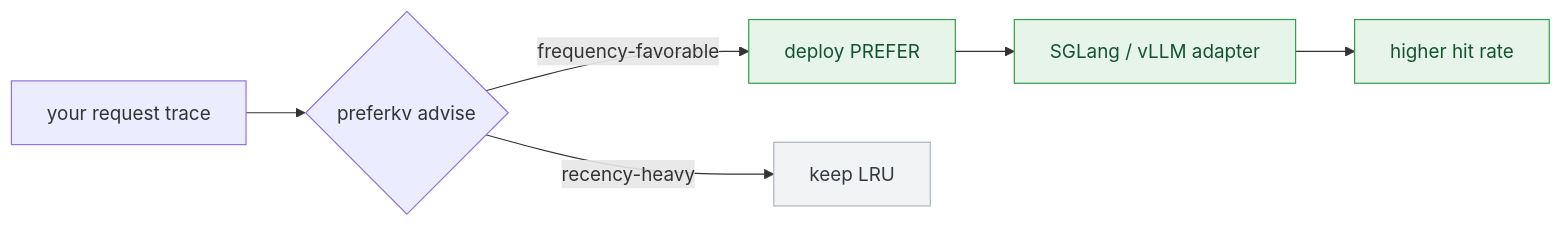
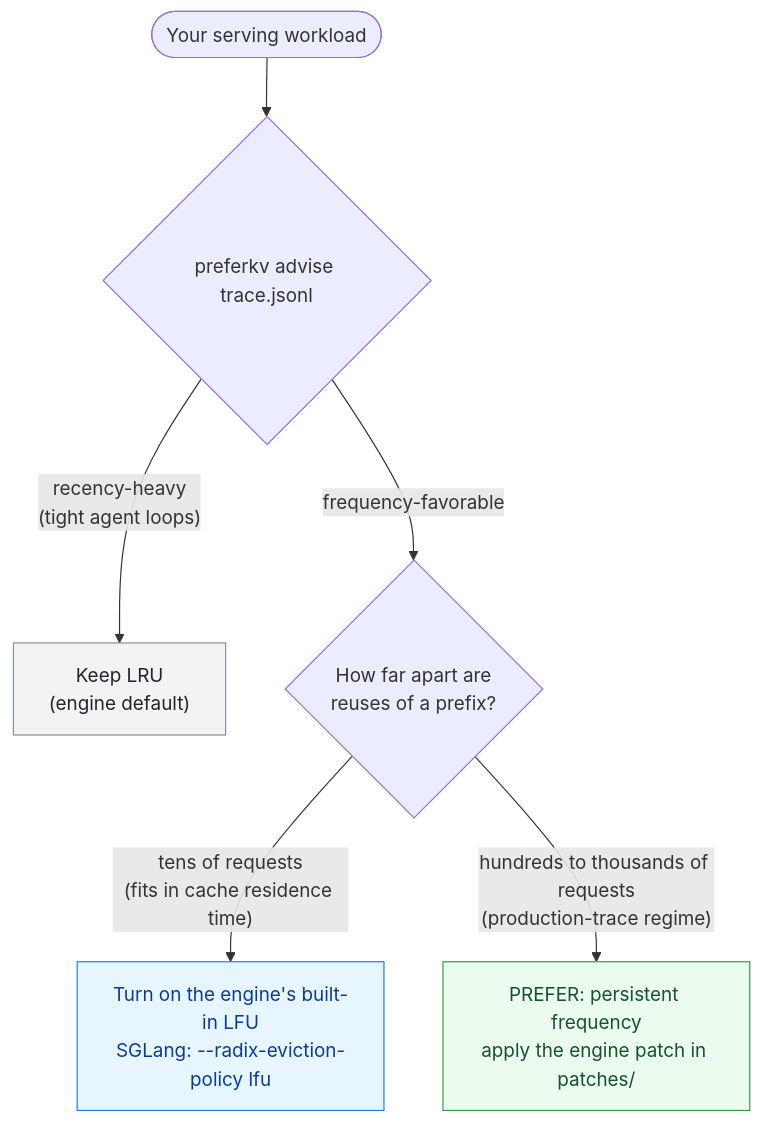
Before and after one commit to E27-25/preferkv: the diagram in README.md, drawn with Mermaid. The commit also changed other lines of this file and 10 other files, not shown here.

First line of the commit message:
docs: add iSAI-NLP 2026 paper, SGLang/vLLM patches, and refreshed README

````diff
--- a/README.md
+++ b/README.md
@@ -102,12 +73,14 @@
 ```mermaid
-flowchart LR
-    T[your request trace] --> ADV{preferkv advise}
-    ADV -->|frequency-favorable| P[deploy PREFER]
-    ADV -->|recency-heavy| L[keep LRU]
-    P --> ENG[SGLang / vLLM adapter]
-    ENG --> R[higher hit rate]
-    classDef win fill:#e6f4ea,stroke:#2f9e44,color:#14532d;
-    classDef neu fill:#f1f3f5,stroke:#adb5bd,color:#343a40;
-    class P,R,ENG win
-    class L neu
+flowchart TD
+    A([Your serving workload]) --> B{"preferkv advise trace.jsonl"}
+    B -->|"recency-heavy<br/>(tight agent loops)"| L["Keep LRU<br/>(engine default)"]
+    B -->|frequency-favorable| C{"How far apart are<br/>reuses of a prefix?"}
+    C -->|"tens of requests<br/>(fits in cache residence time)"| S["Turn on the engine's built-in LFU<br/>SGLang: --radix-eviction-policy lfu"]
+    C -->|"hundreds to thousands of requests<br/>(production-trace regime)"| P["PREFER: persistent frequency<br/>apply the engine patch in patches/"]
+    classDef keep fill:#f1f3f5,stroke:#868e96,color:#212529;
+    classDef good fill:#e7f5ff,stroke:#1c7ed6,color:#0b3d91;
+    classDef best fill:#ebfbee,stroke:#2f9e44,color:#14532d;
+    class L keep
+    class S good
+    class P best
 ```
````
